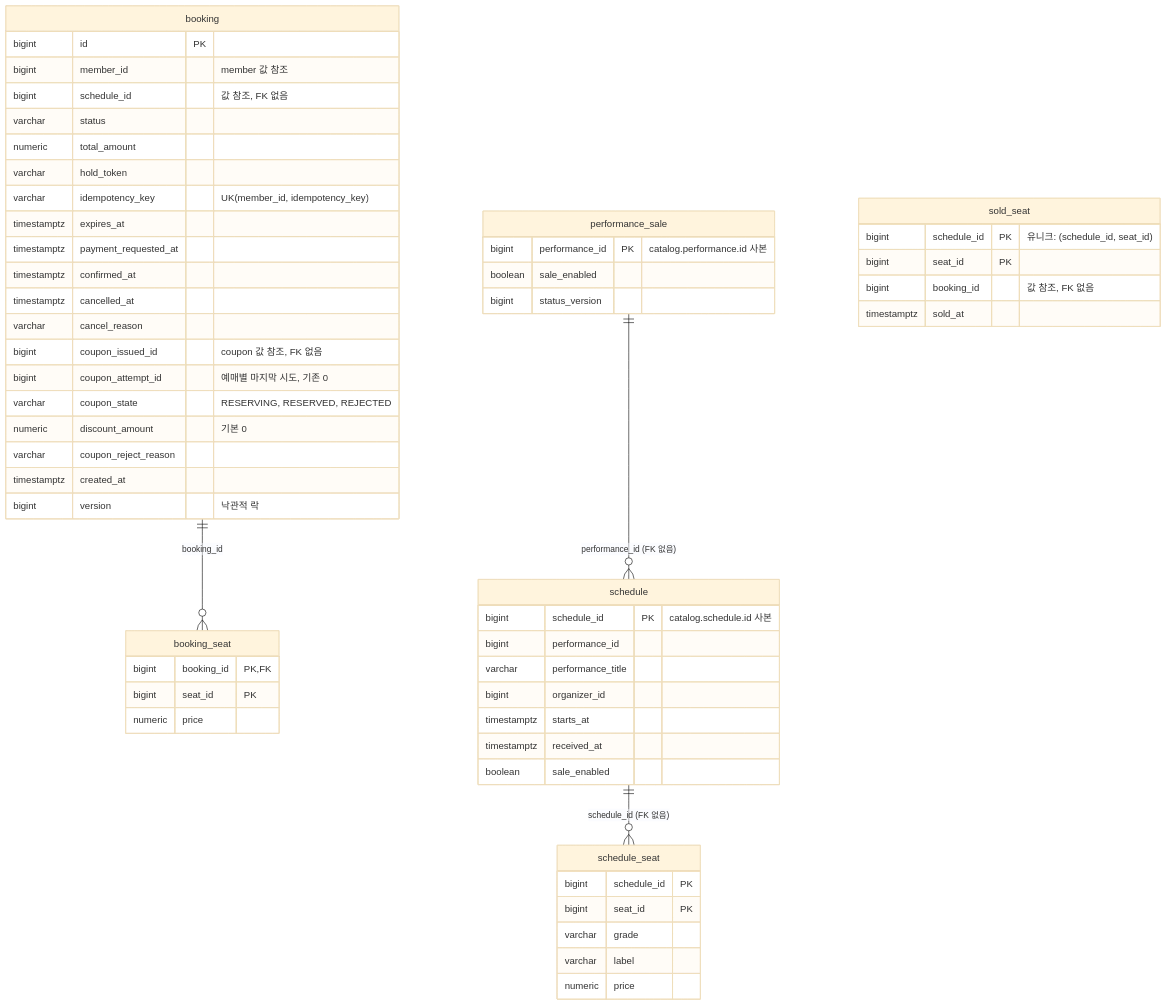
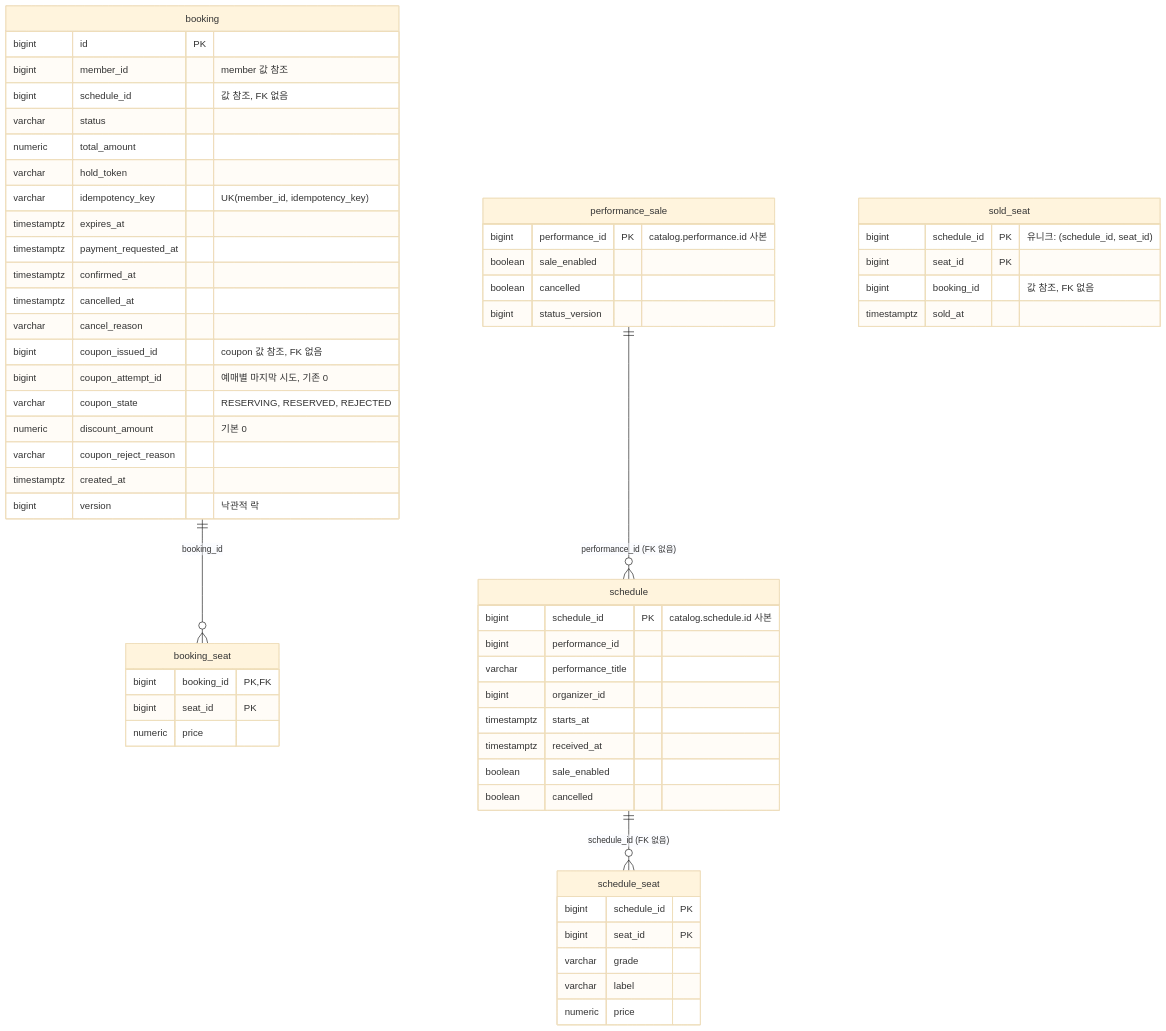
The third of 7 diagrams in docs/architecture/erd.md (jkonury/ticketing), drawn with Mermaid (base theme) before and after one commit. The commit also changed other lines of this file and 11 other files, not shown here.

````diff
--- a/docs/architecture/erd.md
+++ b/docs/architecture/erd.md
@@ -94,59 +94,61 @@
 ```mermaid
 erDiagram
     booking ||--o{ booking_seat : "booking_id"
     schedule ||--o{ schedule_seat : "schedule_id (FK 없음)"
     performance_sale ||--o{ schedule : "performance_id (FK 없음)"
     performance_sale {
         bigint performance_id PK "catalog.performance.id 사본"
         boolean sale_enabled
+        boolean cancelled
         bigint status_version
     }
     schedule {
         bigint schedule_id PK "catalog.schedule.id 사본"
         bigint performance_id
         varchar performance_title
         bigint organizer_id
         timestamptz starts_at
         timestamptz received_at
         boolean sale_enabled
+        boolean cancelled
     }
     schedule_seat {
         bigint schedule_id PK
         bigint seat_id PK
         varchar grade
         varchar label
         numeric price
     }
     booking {
         bigint id PK
         bigint member_id "member 값 참조"
         bigint schedule_id "값 참조, FK 없음"
         varchar status
         numeric total_amount
         varchar hold_token
         varchar idempotency_key "UK(member_id, idempotency_key)"
         timestamptz expires_at
         timestamptz payment_requested_at
         timestamptz confirmed_at
         timestamptz cancelled_at
         varchar cancel_reason
         bigint coupon_issued_id "coupon 값 참조, FK 없음"
         bigint coupon_attempt_id "예매별 마지막 시도, 기존 0"
         varchar coupon_state "RESERVING, RESERVED, REJECTED"
         numeric discount_amount "기본 0"
         varchar coupon_reject_reason
         timestamptz created_at
         bigint version "낙관적 락"
     }
     booking_seat {
         bigint booking_id PK, FK
         bigint seat_id PK
         numeric price
     }
     sold_seat {
         bigint schedule_id PK "유니크: (schedule_id, seat_id)"
         bigint seat_id PK
         bigint booking_id "값 참조, FK 없음"
         timestamptz sold_at
     }
 ```
````
